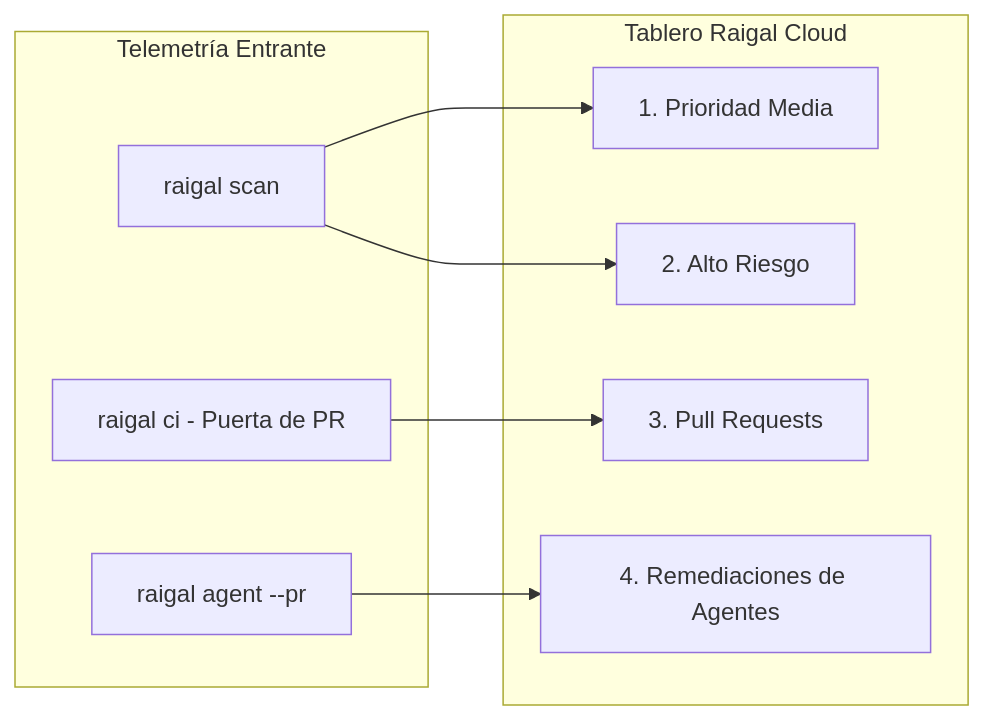
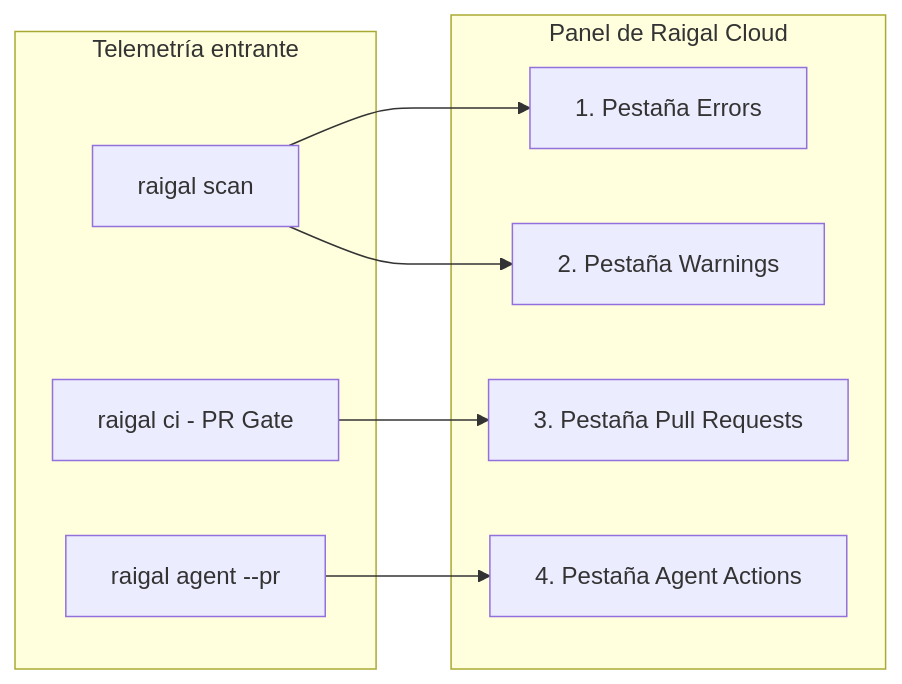
The diagram in espanol/documentacion-espanol/plataforma-cloud/tablero.md (meethiu/raigal-docs), drawn with Mermaid before and after one commit. The commit also changed other lines of this file and 13 other files, not shown here.

Commit message:
docs: align scoring engine, config schema, and dashboard with implementation (en/es)

````diff
--- a/espanol/documentacion-espanol/plataforma-cloud/tablero.md
+++ b/espanol/documentacion-espanol/plataforma-cloud/tablero.md
@@ -10,20 +10,20 @@
 ```mermaid
 graph LR
-    subgraph Telemetría Entrante
+    subgraph Telemetría entrante
         Scan[raigal scan]
-        CI[raigal ci - Puerta de PR]
+        CI[raigal ci - PR Gate]
         Agent[raigal agent --pr]
     end
 
-    subgraph Tablero Raigal Cloud
-        Col1[1. Prioridad Media]
-        Col2[2. Alto Riesgo]
-        Col3[3. Pull Requests]
-        Col4[4. Remediaciones de Agentes]
+    subgraph Panel de Raigal Cloud
+        Stage1[1. Pestaña Errors]
+        Stage2[2. Pestaña Warnings]
+        Stage3[3. Pestaña Pull Requests]
+        Stage4[4. Pestaña Agent Actions]
     end
 
-    Scan --> Col1
-    Scan --> Col2
-    CI --> Col3
-    Agent --> Col4
+    Scan --> Stage1
+    Scan --> Stage2
+    CI --> Stage3
+    Agent --> Stage4
 ```
````
